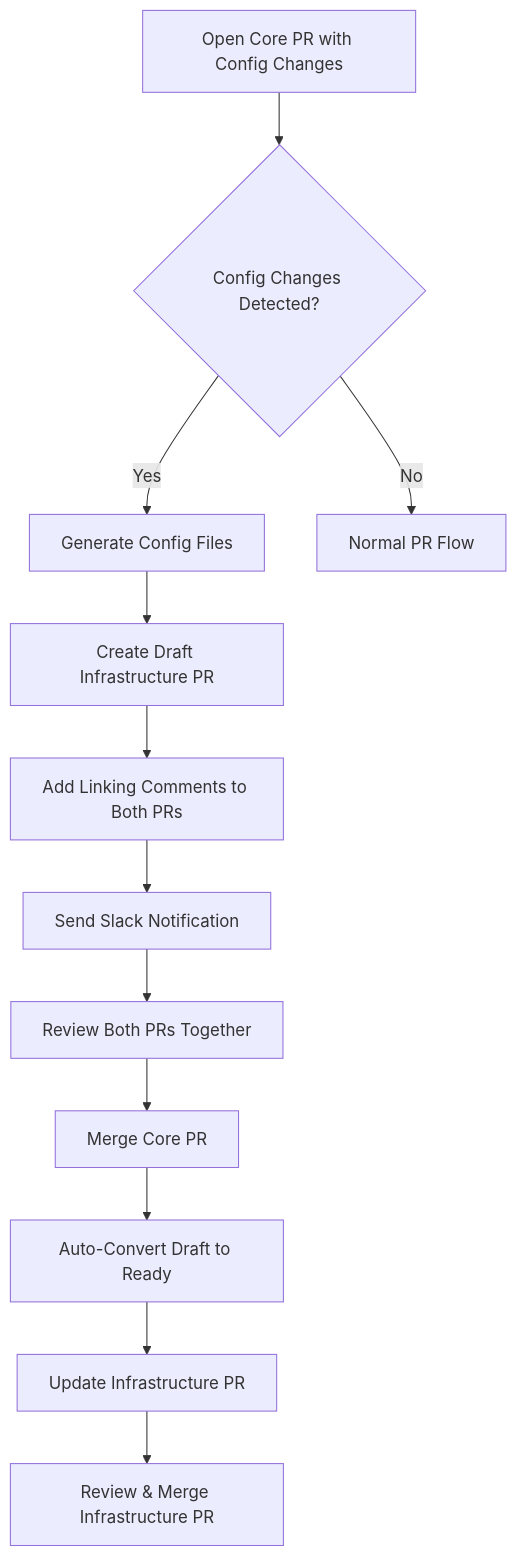
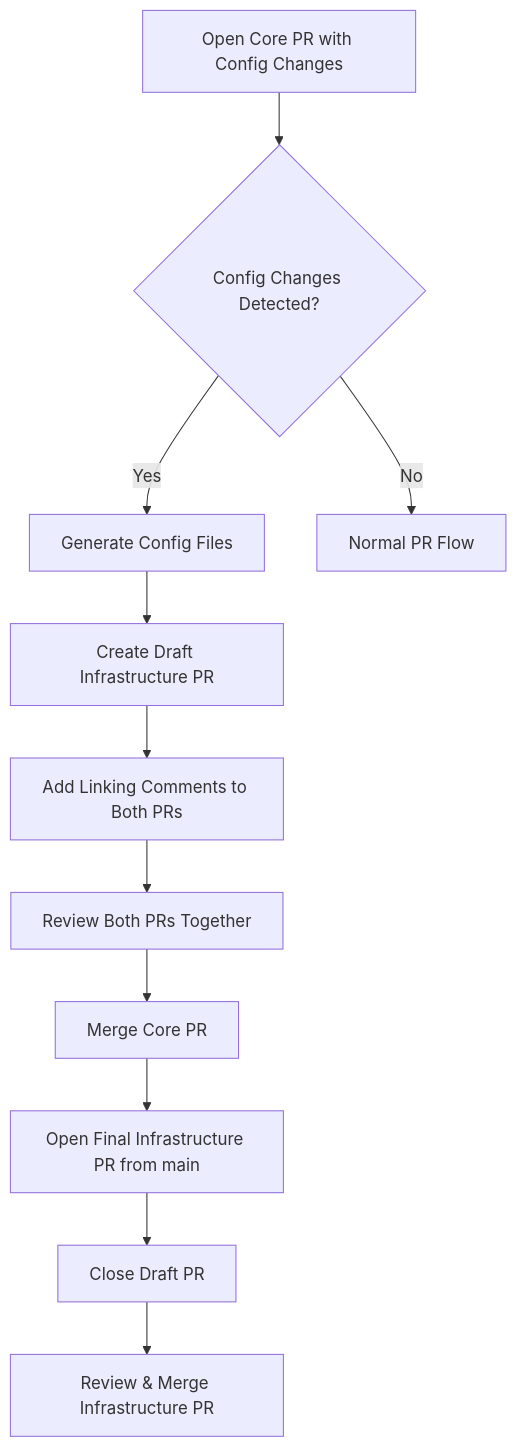
One commit to theopenlane/core changed the diagram in config/README.md. Above: the diagram before and after it, drawn with Mermaid. The commit also changed other lines of this file and 15 other files, not shown here.

Commit message:
clean up schema generator, remove external secrets refs, update buildkite pipeline

````diff
--- a/config/README.md
+++ b/config/README.md
@@ -579,14 +496,13 @@
 ```mermaid
 graph TD
     A[Open Core PR with Config Changes] --> B{Config Changes Detected?}
     B -->|Yes| C[Generate Config Files]
     C --> D[Create Draft Infrastructure PR]
     D --> E[Add Linking Comments to Both PRs]
-    E --> F[Send Slack Notification]
-    F --> G[Review Both PRs Together]
-    G --> H[Merge Core PR]
-    H --> I[Auto-Convert Draft to Ready]
-    I --> J[Update Infrastructure PR]
-    J --> K[Review & Merge Infrastructure PR]
-    B -->|No| L[Normal PR Flow]
+    E --> F[Review Both PRs Together]
+    F --> G[Merge Core PR]
+    G --> H[Open Final Infrastructure PR from main]
+    H --> I[Close Draft PR]
+    I --> J[Review & Merge Infrastructure PR]
+    B -->|No| K[Normal PR Flow]
 ```
````
